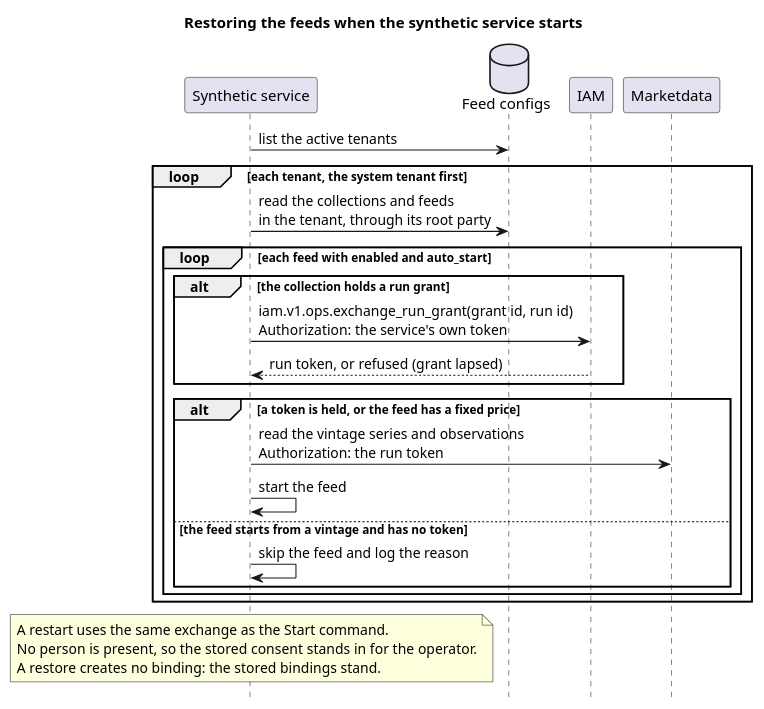
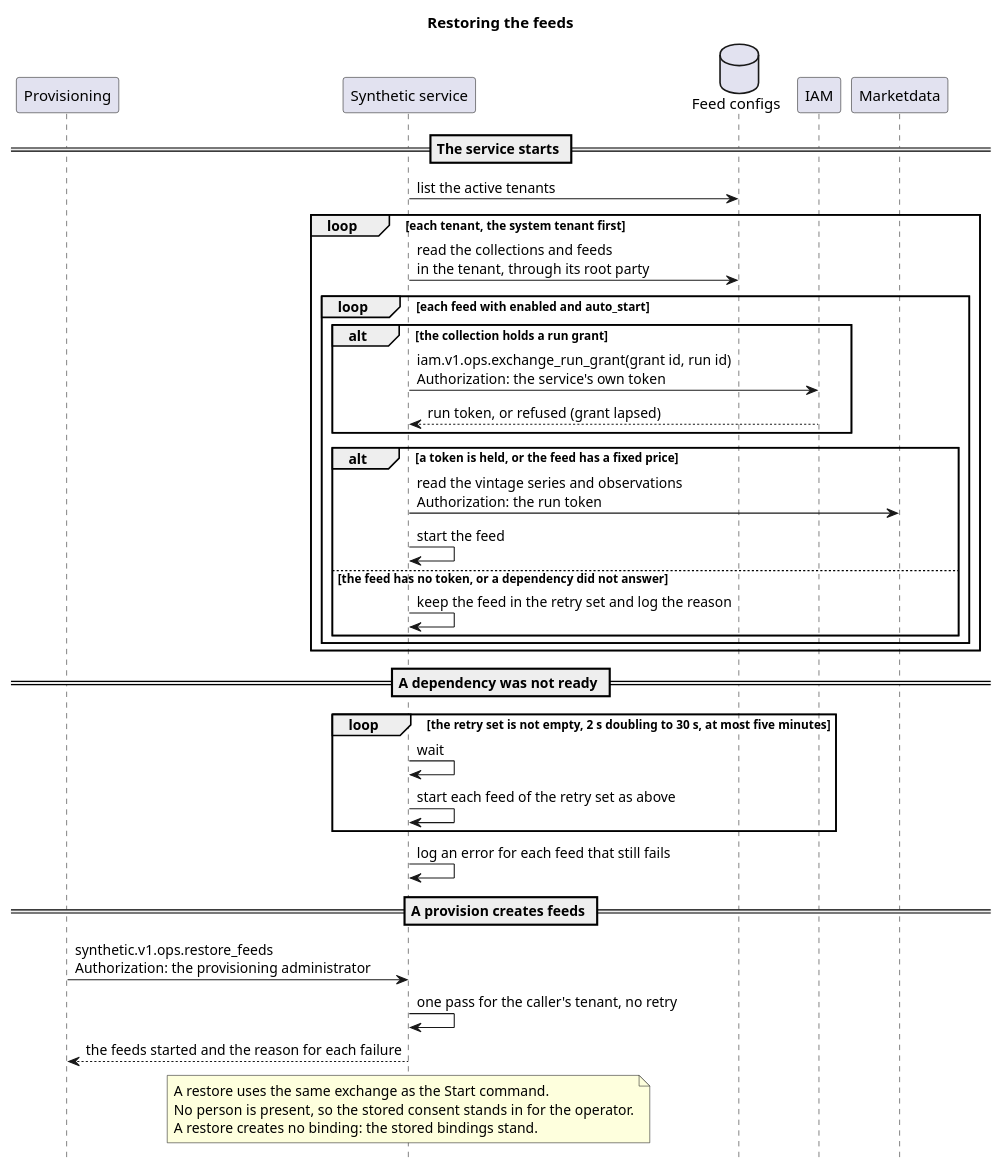
Before and after one commit to OreStudio/OreStudio: the diagram in doc/knowledge/architecture/feed_restore_sequence.puml, drawn with PlantUML. The commit also changed 10 other files, not shown here.

First line of the commit message:
[doc] State how a restore waits for its dependencies and how a provision starts feeds

```diff
--- a/doc/knowledge/architecture/feed_restore_sequence.puml
+++ b/doc/knowledge/architecture/feed_restore_sequence.puml
@@ -18,36 +18,53 @@
 @startuml
 
-title Restoring the feeds when the synthetic service starts
+title Restoring the feeds
 
 hide footbox
 skinparam sequenceMessageAlign left
 
+participant "Provisioning" as prov
 participant "Synthetic service" as syn
 database "Feed configs" as db
 participant "IAM" as iam
 participant "Marketdata" as md
+
+== The service starts ==
 
 syn -> db : list the active tenants
 loop each tenant, the system tenant first
     syn -> db : read the collections and feeds\nin the tenant, through its root party
     loop each feed with enabled and auto_start
         alt the collection holds a run grant
             syn -> iam : iam.v1.ops.exchange_run_grant(grant id, run id)\nAuthorization: the service's own token
             iam --> syn : run token, or refused (grant lapsed)
         end
         alt a token is held, or the feed has a fixed price
             syn -> md : read the vintage series and observations\nAuthorization: the run token
             syn -> syn : start the feed
-        else the feed starts from a vintage and has no token
-            syn -> syn : skip the feed and log the reason
+        else the feed has no token, or a dependency did not answer
+            syn -> syn : keep the feed in the retry set and log the reason
         end
     end
 end
 
+== A dependency was not ready ==
+
+loop the retry set is not empty, 2 s doubling to 30 s, at most five minutes
+    syn -> syn : wait
+    syn -> syn : start each feed of the retry set as above
+end
+syn -> syn : log an error for each feed that still fails
+
+== A provision creates feeds ==
+
+prov -> syn : synthetic.v1.ops.restore_feeds\nAuthorization: the provisioning administrator
+syn -> syn : one pass for the caller's tenant, no retry
+syn --> prov : the feeds started and the reason for each failure
+
 note over syn
-    A restart uses the same exchange as the Start command.
+    A restore uses the same exchange as the Start command.
     No person is present, so the stored consent stands in for the operator.
     A restore creates no binding: the stored bindings stand.
 end note
 
 @enduml
```
